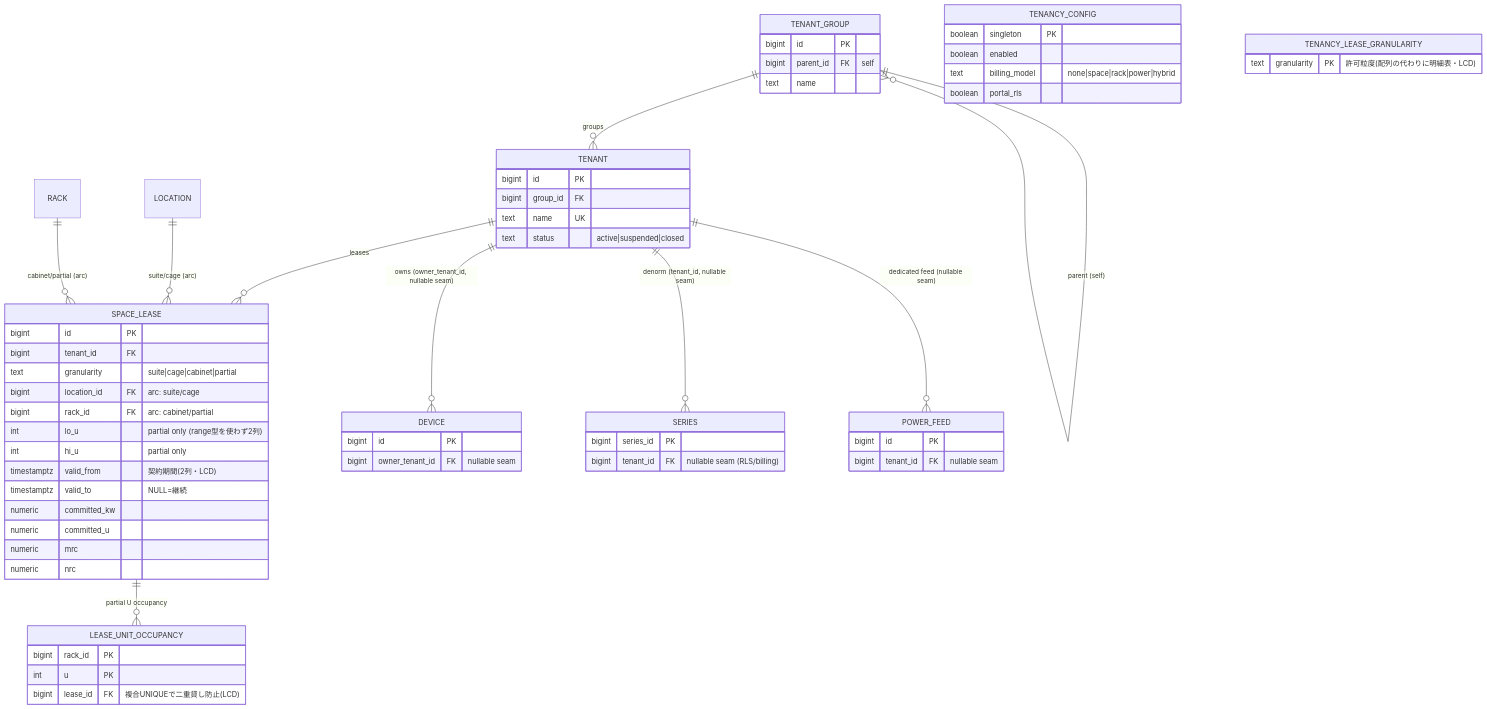
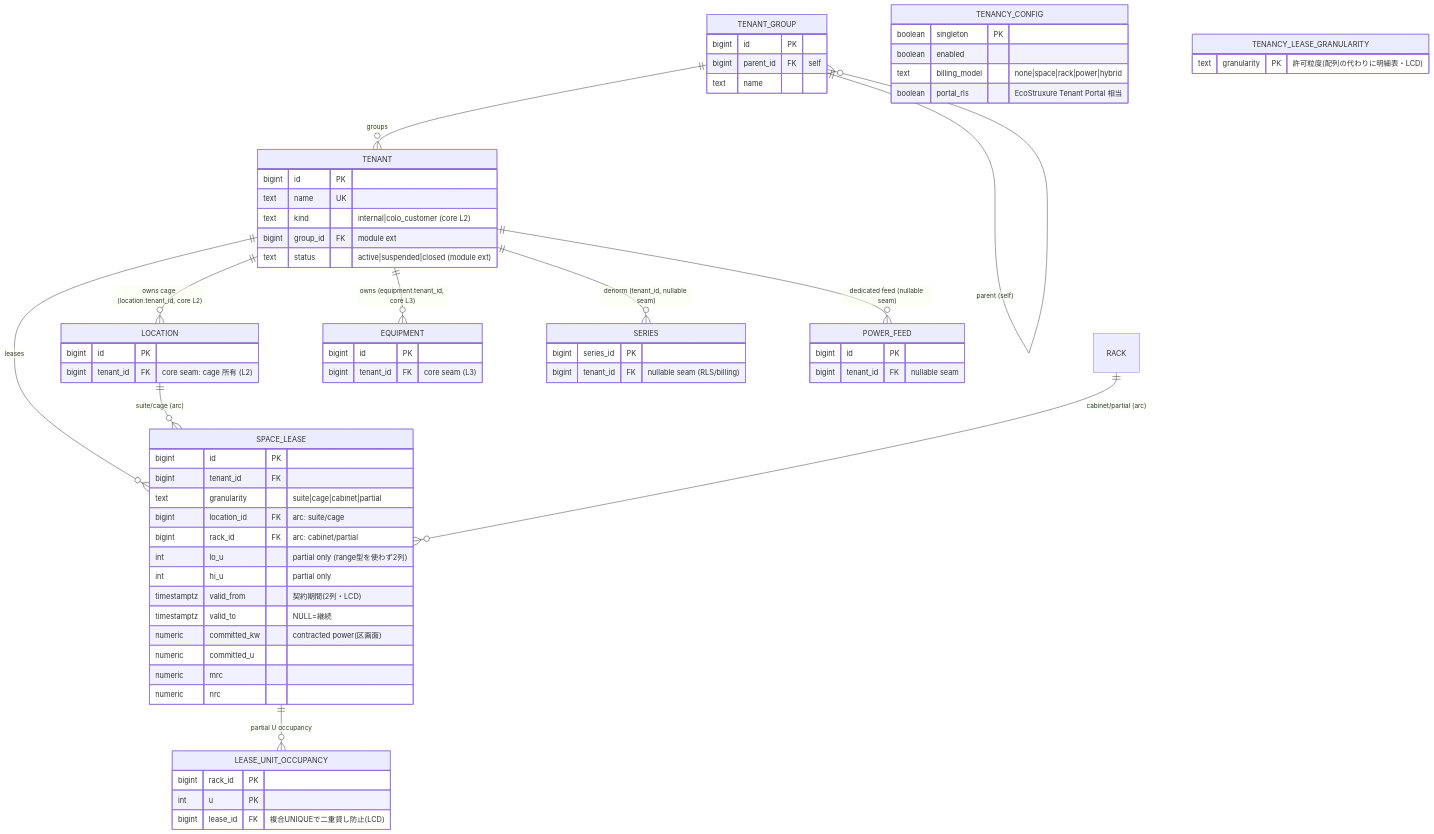
Before and after one commit to hn-11/dcim-schema-design: the diagram in 08-tenancy-colocation.md, drawn with Mermaid. The commit also changed other lines of this file and 12 other files, not shown here.

First line of the commit message:
Update README.md to refine schema design documentation and clarify project goals

````diff
--- a/08-tenancy-colocation.md
+++ b/08-tenancy-colocation.md
@@ -245,65 +289,71 @@
 ```mermaid
 erDiagram
     TENANT_GROUP ||--o{ TENANT_GROUP : "parent (self)"
     TENANT_GROUP ||--o{ TENANT : groups
     TENANT ||--o{ SPACE_LEASE : leases
     LOCATION ||--o{ SPACE_LEASE : "suite/cage (arc)"
     RACK ||--o{ SPACE_LEASE : "cabinet/partial (arc)"
-    TENANT ||--o{ DEVICE : "owns (owner_tenant_id, nullable seam)"
+    TENANT ||--o{ EQUIPMENT : "owns (equipment.tenant_id, core L3)"
+    TENANT ||--o{ LOCATION : "owns cage (location.tenant_id, core L2)"
     TENANT ||--o{ SERIES : "denorm (tenant_id, nullable seam)"
     TENANT ||--o{ POWER_FEED : "dedicated feed (nullable seam)"
     SPACE_LEASE ||--o{ LEASE_UNIT_OCCUPANCY : "partial U occupancy"
 
     TENANCY_CONFIG {
         boolean singleton PK
         boolean enabled
         text billing_model "none|space|rack|power|hybrid"
-        boolean portal_rls
+        boolean portal_rls "EcoStruxure Tenant Portal 相当"
     }
     TENANCY_LEASE_GRANULARITY {
         text granularity PK "許可粒度(配列の代わりに明細表・LCD)"
     }
     TENANT_GROUP {
         bigint id PK
         bigint parent_id FK "self"
         text name
     }
     TENANT {
         bigint id PK
-        bigint group_id FK
         text name UK
-        text status "active|suspended|closed"
+        text kind "internal|colo_customer (core L2)"
+        bigint group_id FK "module ext"
+        text status "active|suspended|closed (module ext)"
     }
     SPACE_LEASE {
         bigint id PK
         bigint tenant_id FK
         text granularity "suite|cage|cabinet|partial"
         bigint location_id FK "arc: suite/cage"
         bigint rack_id FK "arc: cabinet/partial"
         int lo_u "partial only (range型を使わず2列)"
         int hi_u "partial only"
         timestamptz valid_from "契約期間(2列・LCD)"
         timestamptz valid_to "NULL=継続"
-        numeric committed_kw
+        numeric committed_kw "contracted power(区画面)"
         numeric committed_u
         numeric mrc
         numeric nrc
     }
     LEASE_UNIT_OCCUPANCY {
         bigint rack_id PK
         int u PK
         bigint lease_id FK "複合UNIQUEで二重貸し防止(LCD)"
     }
-    DEVICE {
+    EQUIPMENT {
         bigint id PK
-        bigint owner_tenant_id FK "nullable seam"
+        bigint tenant_id FK "core seam (L3)"
+    }
+    LOCATION {
+        bigint id PK
+        bigint tenant_id FK "core seam: cage 所有 (L2)"
     }
     SERIES {
         bigint series_id PK
         bigint tenant_id FK "nullable seam (RLS/billing)"
     }
     POWER_FEED {
         bigint id PK
         bigint tenant_id FK "nullable seam"
     }
 ```
````
